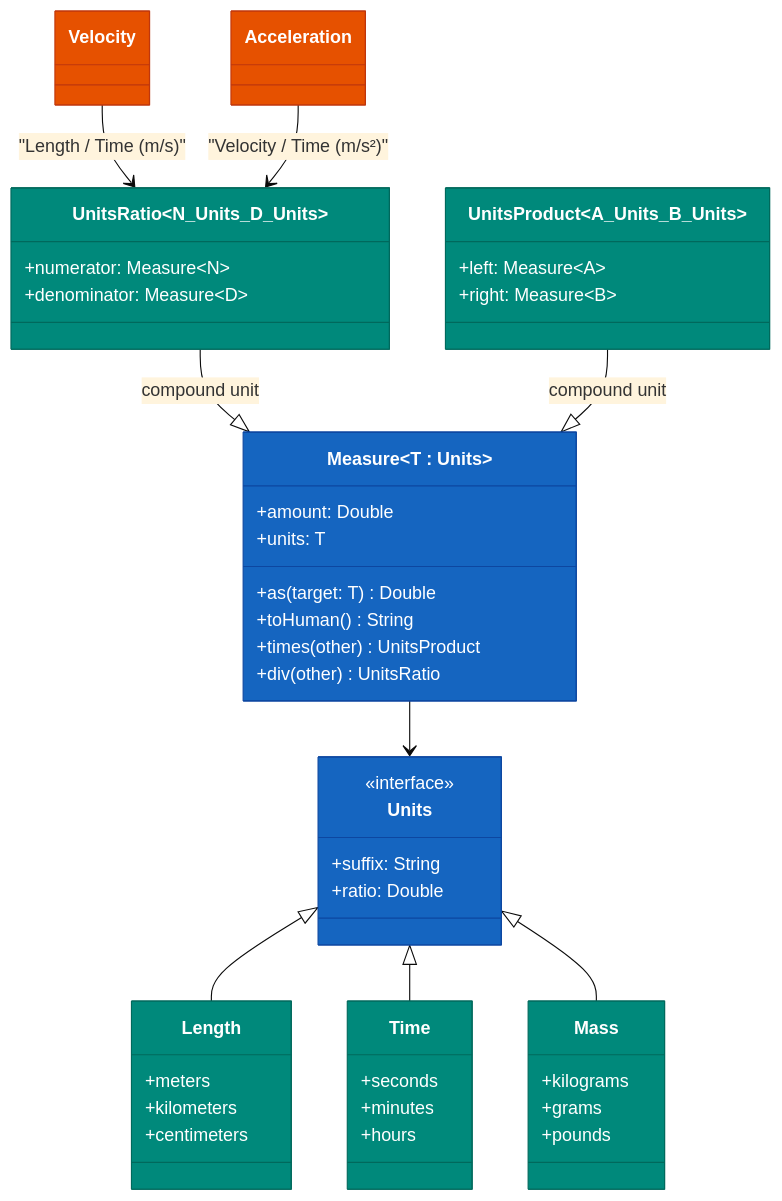
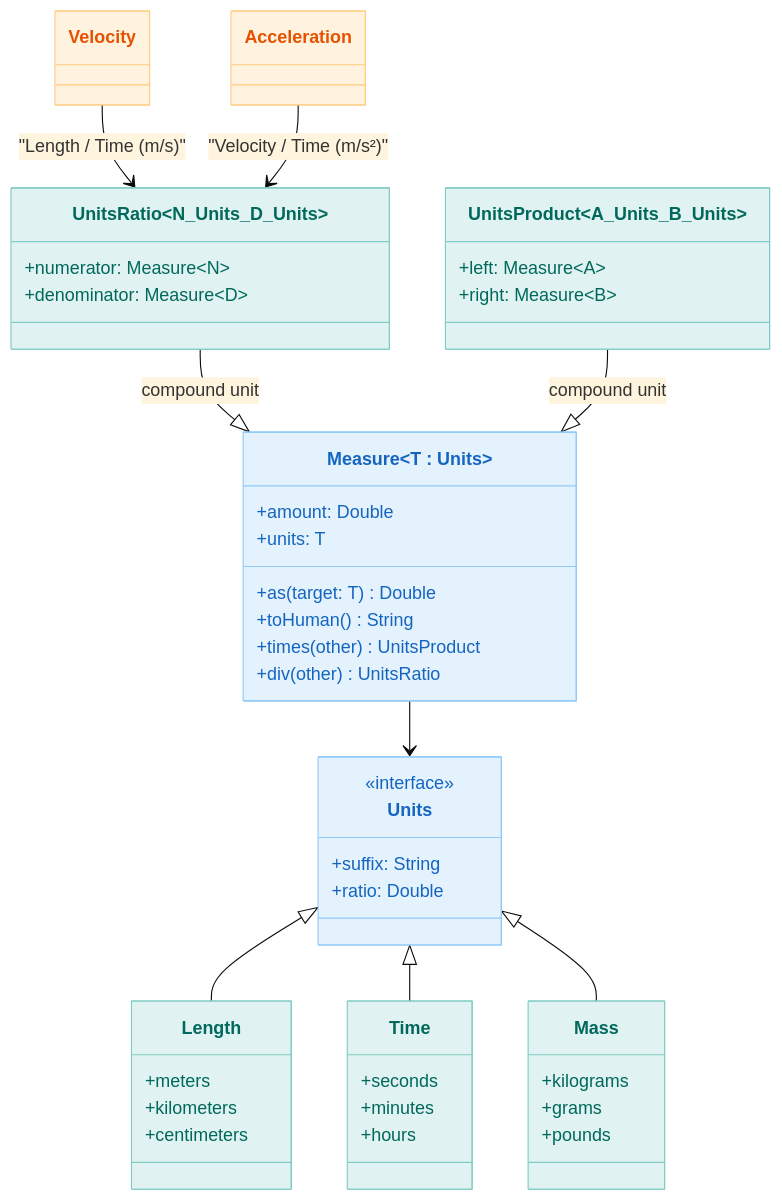
One commit to bluetape4k/bluetape4k-projects changed the first of 2 diagrams in utils/measured/README.md. Above: the diagram before and after it, drawn with Mermaid (base theme). The commit also changed other lines of this file and 219 other files, not shown here.

First line of the commit message:
docs: 전체 README Mermaid 다이어그램 가이드 적용

````diff
--- a/utils/measured/README.md
+++ b/utils/measured/README.md
@@ -54,67 +54,67 @@
 ```mermaid
 classDiagram
     class Units {
         <<interface>>
         +suffix: String
         +ratio: Double
     }
 
     class Measure~T : Units~ {
         +amount: Double
         +units: T
         +as(target: T) Double
         +toHuman() String
         +times(other) UnitsProduct
         +div(other) UnitsRatio
     }
 
     class UnitsProduct~A_Units_B_Units~ {
         +left: Measure~A~
         +right: Measure~B~
     }
 
     class UnitsRatio~N_Units_D_Units~ {
         +numerator: Measure~N~
         +denominator: Measure~D~
     }
 
     class Length {
         +meters
         +kilometers
         +centimeters
     }
 
     class Time {
         +seconds
         +minutes
         +hours
     }
 
     class Mass {
         +kilograms
         +grams
         +pounds
     }
 
     class Velocity
     class Acceleration
 
     Units <|-- Length
     Units <|-- Time
     Units <|-- Mass
     Measure --> Units
     UnitsRatio --|> Measure : compound unit
     UnitsProduct --|> Measure : compound unit
     Velocity --> UnitsRatio : "Length / Time (m/s)"
     Acceleration --> UnitsRatio : "Velocity / Time (m/s²)"
 
-    style Units fill:#1565C0,stroke:#0D47A1,color:#FFFFFF
-    style Measure fill:#1565C0,stroke:#0D47A1,color:#FFFFFF
-    style UnitsProduct fill:#00897B,stroke:#00695C,color:#FFFFFF
-    style UnitsRatio fill:#00897B,stroke:#00695C,color:#FFFFFF
-    style Length fill:#00897B,stroke:#00695C,color:#FFFFFF
-    style Time fill:#00897B,stroke:#00695C,color:#FFFFFF
-    style Mass fill:#00897B,stroke:#00695C,color:#FFFFFF
-    style Velocity fill:#E65100,stroke:#BF360C,color:#FFFFFF
-    style Acceleration fill:#E65100,stroke:#BF360C,color:#FFFFFF
+    style Units fill:#E3F2FD,stroke:#90CAF9,color:#1565C0
+    style Measure fill:#E3F2FD,stroke:#90CAF9,color:#1565C0
+    style UnitsProduct fill:#E0F2F1,stroke:#80CBC4,color:#00695C
+    style UnitsRatio fill:#E0F2F1,stroke:#80CBC4,color:#00695C
+    style Length fill:#E0F2F1,stroke:#80CBC4,color:#00695C
+    style Time fill:#E0F2F1,stroke:#80CBC4,color:#00695C
+    style Mass fill:#E0F2F1,stroke:#80CBC4,color:#00695C
+    style Velocity fill:#FFF3E0,stroke:#FFCC80,color:#E65100
+    style Acceleration fill:#FFF3E0,stroke:#FFCC80,color:#E65100
 ```
````
